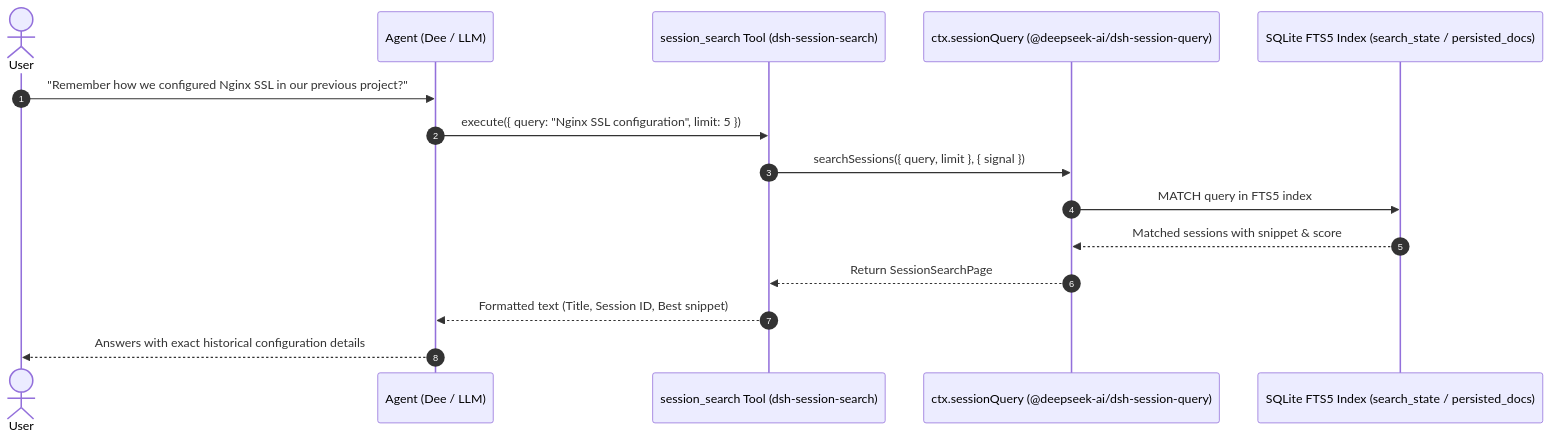
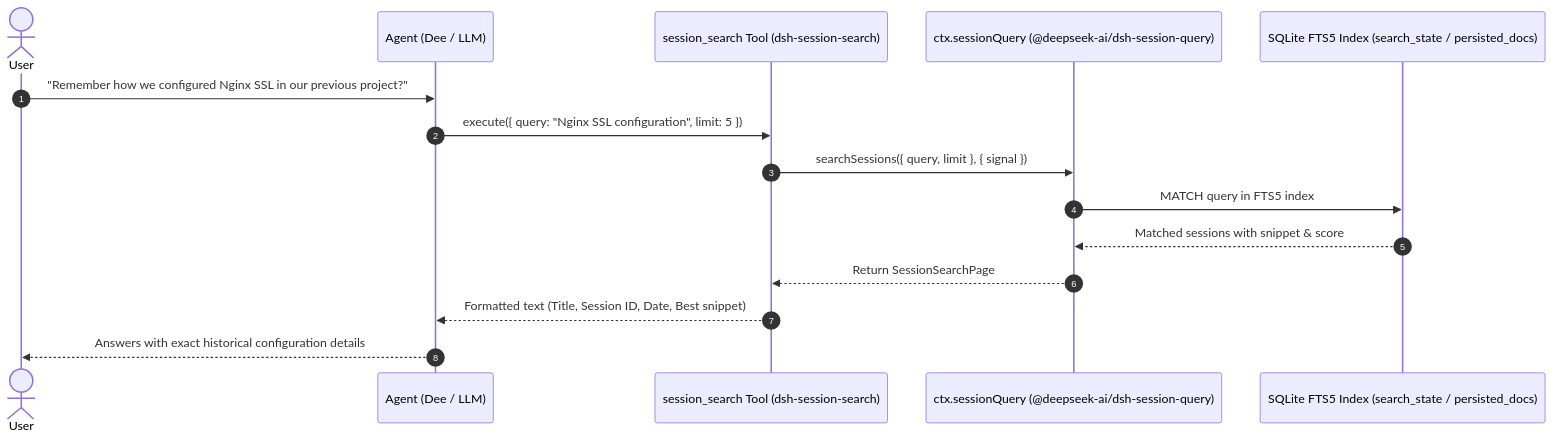
One commit to GooDAnDReaDY/dsh-session-search changed the diagram in README.md. Above: the diagram before and after it, drawn with Mermaid. The commit also changed other lines of this file and 6 other files, not shown here.

First line of the commit message:
feat(session-search): lifecycle hardening, query validation, and date enrichment

````diff
--- a/README.md
+++ b/README.md
@@ -41,18 +52,18 @@
 ```mermaid
 sequenceDiagram
     autonumber
     actor User as User
     participant Agent as Agent (Dee / LLM)
     participant Tool as session_search Tool (dsh-session-search)
     participant Core as ctx.sessionQuery (@deepseek-ai/dsh-session-query)
     participant DB as SQLite FTS5 Index (search_state / persisted_docs)
 
     User->>Agent: "Remember how we configured Nginx SSL in our previous project?"
     Agent->>Tool: execute({ query: "Nginx SSL configuration", limit: 5 })
     Tool->>Core: searchSessions({ query, limit }, { signal })
     Core->>DB: MATCH query in FTS5 index
     DB-->>Core: Matched sessions with snippet & score
     Core-->>Tool: Return SessionSearchPage
-    Tool-->>Agent: Formatted text (Title, Session ID, Best snippet)
+    Tool-->>Agent: Formatted text (Title, Session ID, Date, Best snippet)
     Agent-->>User: Answers with exact historical configuration details
 ```
````
